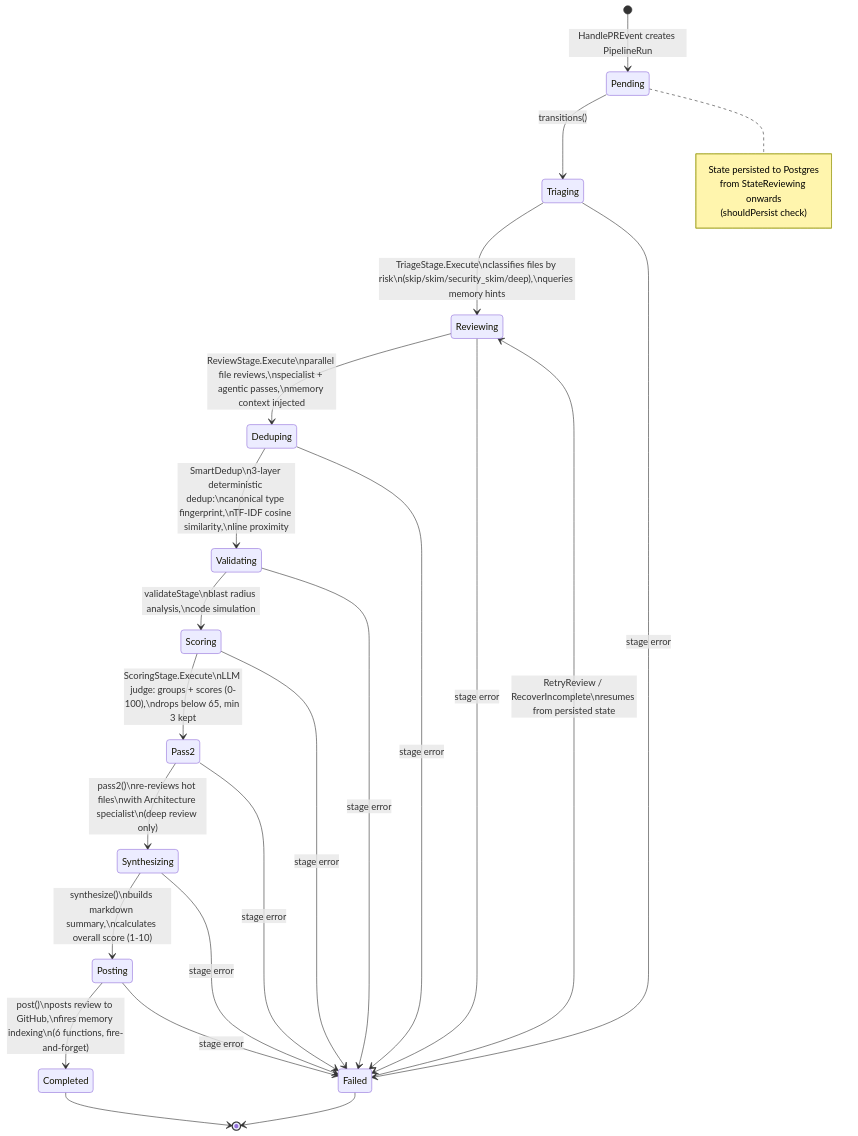
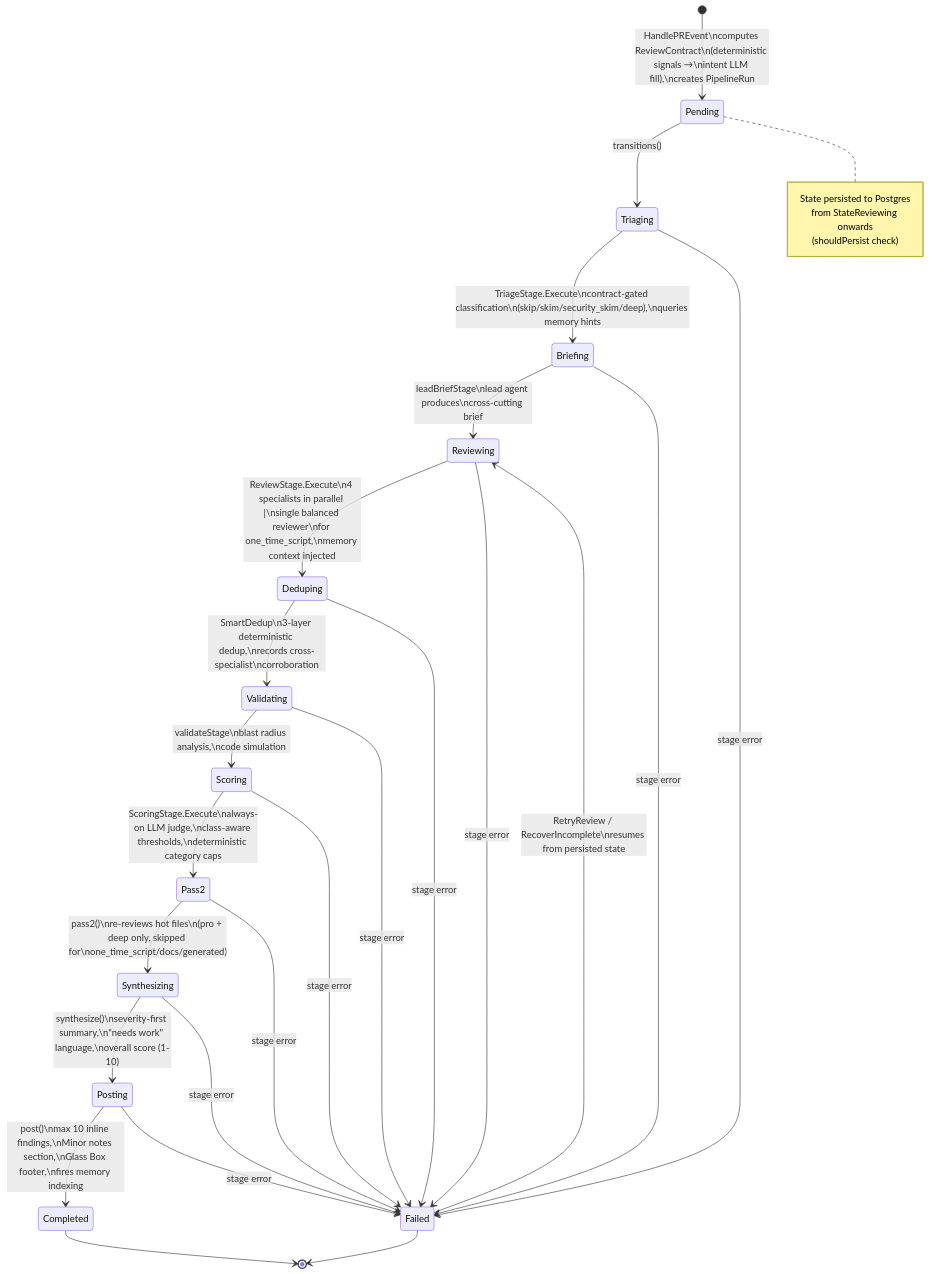
The first of 4 diagrams in docs/architecture.md (BeLazy167/argus), drawn with Mermaid before and after one commit. The commit also changed other lines of this file and 2 other files, not shown here.

First line of the commit message:
docs: review doctrine (#112-#118) (#119)

````diff
--- a/docs/architecture.md
+++ b/docs/architecture.md
@@ -48,40 +100,43 @@
 ```mermaid
 stateDiagram-v2
-    [*] --> Pending: HandlePREvent creates PipelineRun
+    [*] --> Pending: HandlePREvent\ncomputes ReviewContract\n(deterministic signals →\nintent LLM fill),\ncreates PipelineRun
 
     Pending --> Triaging: transitions()
 
-    Triaging --> Reviewing: TriageStage.Execute\nclassifies files by risk\n(skip/skim/security_skim/deep),\nqueries memory hints
+    Triaging --> Briefing: TriageStage.Execute\ncontract-gated classification\n(skip/skim/security_skim/deep),\nqueries memory hints
     Triaging --> Failed: stage error
 
-    Reviewing --> Deduping: ReviewStage.Execute\nparallel file reviews,\nspecialist + agentic passes,\nmemory context injected
+    Briefing --> Reviewing: leadBriefStage\nlead agent produces\ncross-cutting brief
+    Briefing --> Failed: stage error
+
+    Reviewing --> Deduping: ReviewStage.Execute\n4 specialists in parallel |\nsingle balanced reviewer\nfor one_time_script,\nmemory context injected
     Reviewing --> Failed: stage error
 
-    Deduping --> Validating: SmartDedup\n3-layer deterministic dedup:\ncanonical type fingerprint,\nTF-IDF cosine similarity,\nline proximity
+    Deduping --> Validating: SmartDedup\n3-layer deterministic dedup,\nrecords cross-specialist\ncorroboration
     Deduping --> Failed: stage error
 
     Validating --> Scoring: validateStage\nblast radius analysis,\ncode simulation
     Validating --> Failed: stage error
 
-    Scoring --> Pass2: ScoringStage.Execute\nLLM judge: groups + scores (0-100),\ndrops below 65, min 3 kept
+    Scoring --> Pass2: ScoringStage.Execute\nalways-on LLM judge,\nclass-aware thresholds,\ndeterministic category caps
     Scoring --> Failed: stage error
 
-    Pass2 --> Synthesizing: pass2()\nre-reviews hot files\nwith Architecture specialist\n(deep review only)
+    Pass2 --> Synthesizing: pass2()\nre-reviews hot files\n(pro + deep only, skipped for\none_time_script/docs/generated)
     Pass2 --> Failed: stage error
 
-    Synthesizing --> Posting: synthesize()\nbuilds markdown summary,\ncalculates overall score (1-10)
+    Synthesizing --> Posting: synthesize()\nseverity-first summary,\n"needs work" language,\noverall score (1-10)
     Synthesizing --> Failed: stage error
 
-    Posting --> Completed: post()\nposts review to GitHub,\nfires memory indexing\n(6 functions, fire-and-forget)
+    Posting --> Completed: post()\nmax 10 inline findings,\nMinor notes section,\nGlass Box footer,\nfires memory indexing
     Posting --> Failed: stage error
 
     Failed --> Reviewing: RetryReview / RecoverIncomplete\nresumes from persisted state
     Failed --> [*]
     Completed --> [*]
 
     note right of Pending
         State persisted to Postgres
         from StateReviewing onwards
         (shouldPersist check)
     end note
 ```
````
